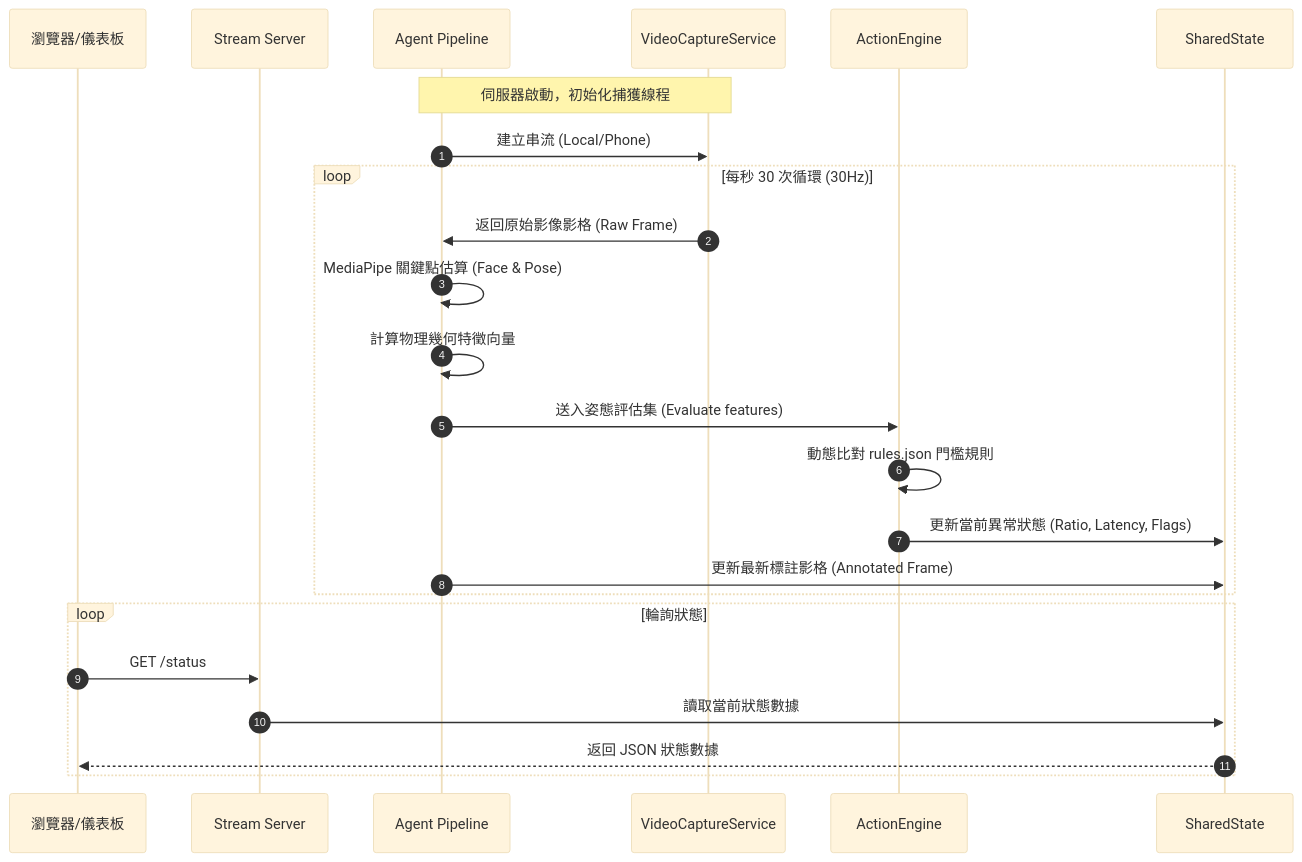
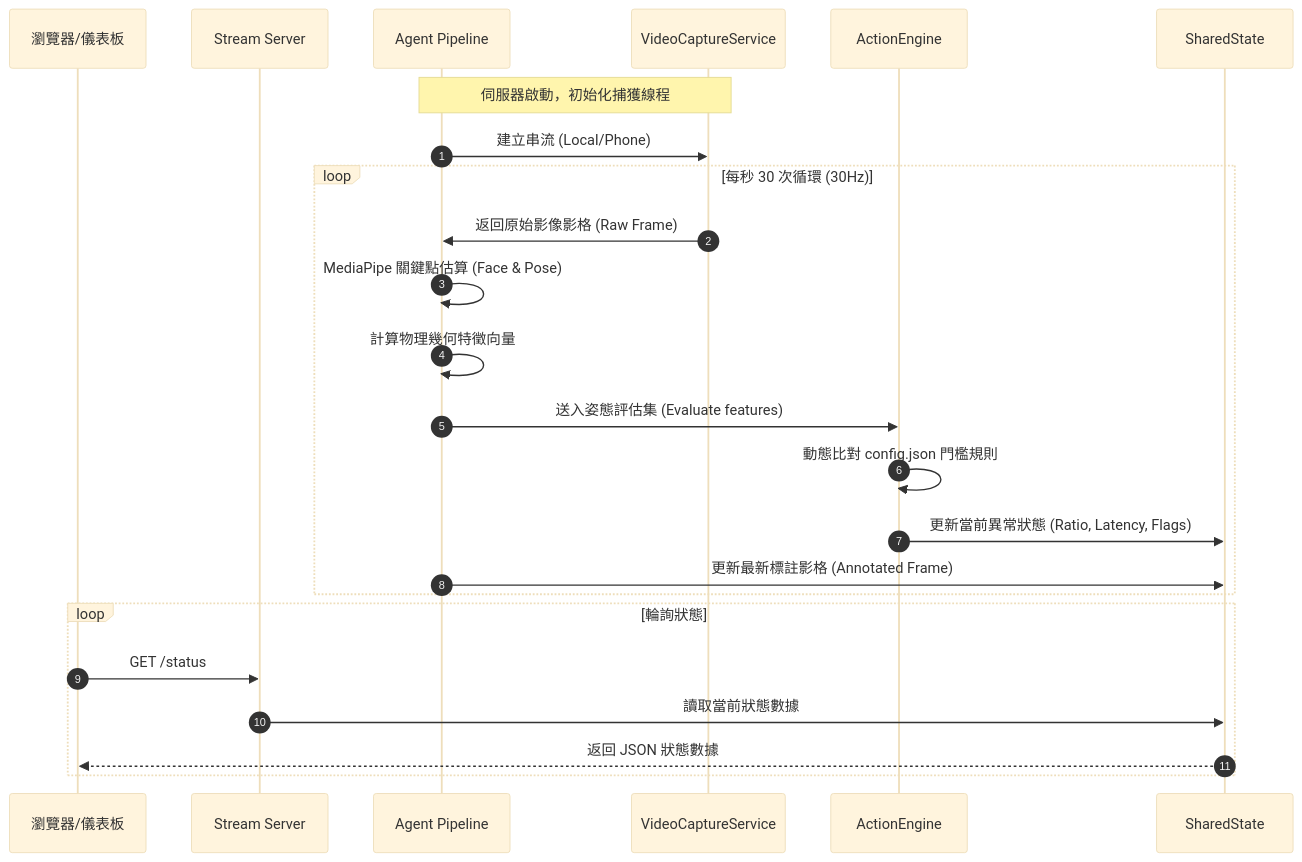
The second of 2 diagrams in docs/DETAILED_ARCHITECTURE.md (shihte/RenUniversal), drawn with Mermaid (base theme) before and after one commit. The commit also changed other lines of this file and 10 other files, not shown here.

````diff
--- a/docs/DETAILED_ARCHITECTURE.md
+++ b/docs/DETAILED_ARCHITECTURE.md
@@ -24,28 +26,28 @@
 ```mermaid
 sequenceDiagram
     autonumber
     participant Client as 瀏覽器/儀表板
     participant Server as Stream Server
     participant Pipeline as Agent Pipeline
     participant Camera as VideoCaptureService
     participant Engine as ActionEngine
     participant State as SharedState
 
     Note over Pipeline, Camera: 伺服器啟動，初始化捕獲線程
     Pipeline->>Camera: 建立串流 (Local/Phone)
     loop 每秒 30 次循環 (30Hz)
         Camera->>Pipeline: 返回原始影像影格 (Raw Frame)
         Pipeline->>Pipeline: MediaPipe 關鍵點估算 (Face & Pose)
         Pipeline->>Pipeline: 計算物理幾何特徵向量
         Pipeline->>Engine: 送入姿態評估集 (Evaluate features)
-        Engine->>Engine: 動態比對 rules.json 門檻規則
+        Engine->>Engine: 動態比對 config.json 門檻規則
         Engine->>State: 更新當前異常狀態 (Ratio, Latency, Flags)
         Pipeline->>State: 更新最新標註影格 (Annotated Frame)
     end
 
     loop 輪詢狀態
         Client->>Server: GET /status
         Server->>State: 讀取當前狀態數據
         State-->>Client: 返回 JSON 狀態數據
     end
 ```
````
